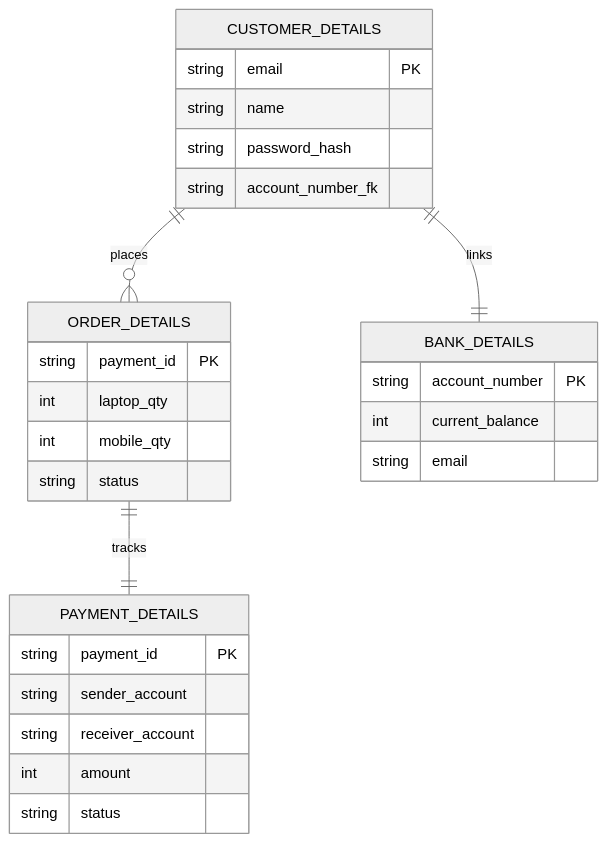
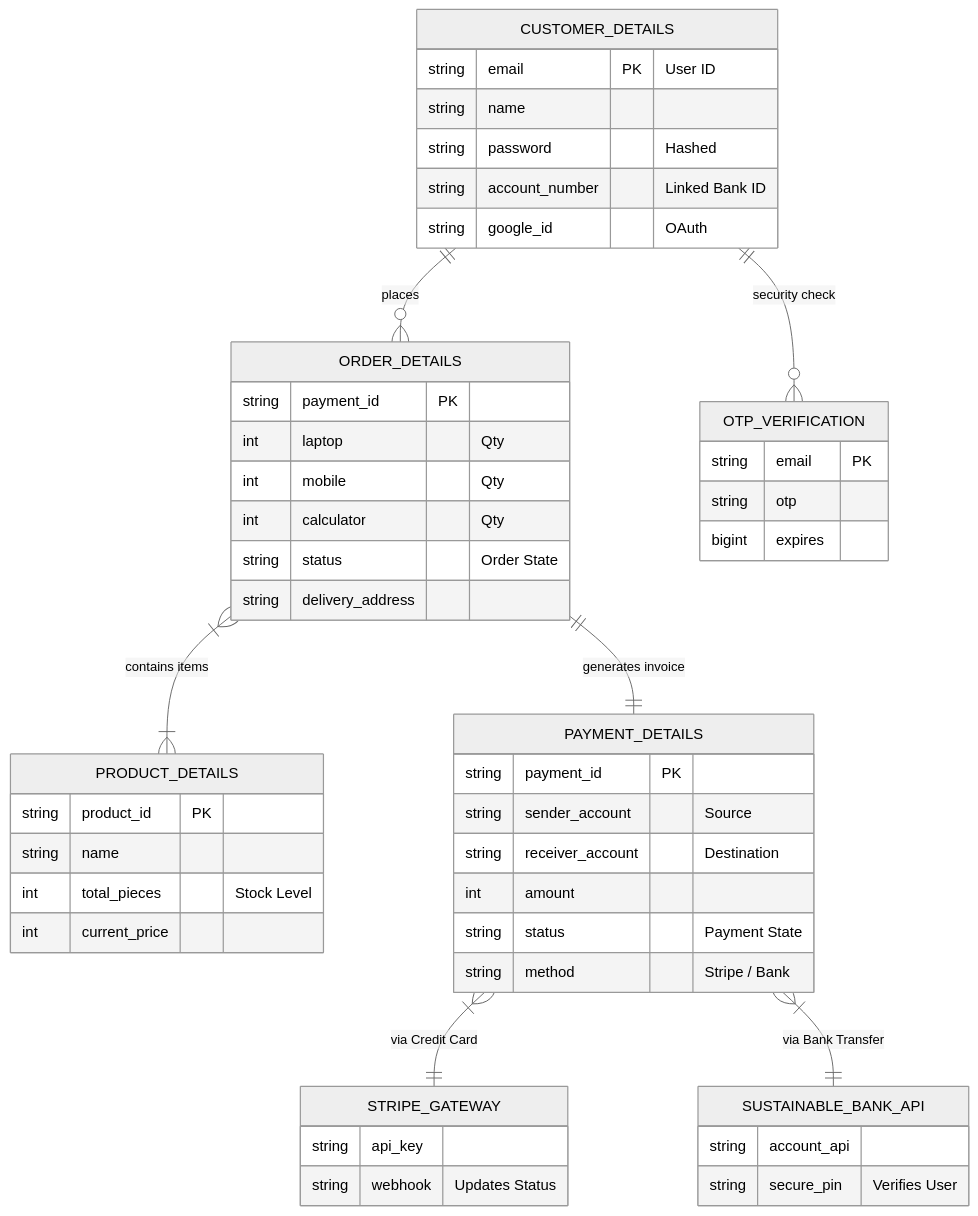
Before and after one commit to Sazim2019331087/Sylhet_IT_Shop: the second of 3 diagrams in README.md, drawn with Mermaid (neutral theme). The commit also changed other lines of this file, not shown here.

````diff
--- a/README.md
+++ b/README.md
@@ -85,35 +102,67 @@
 ```mermaid
 erDiagram
+    %% --- E-Commerce Core ---
     CUSTOMER_DETAILS ||--o{ ORDER_DETAILS : places
-    CUSTOMER_DETAILS ||--|| BANK_DETAILS : links
+    CUSTOMER_DETAILS ||--o{ OTP_VERIFICATION : "security check"
     
+    %% --- Inventory ---
+    ORDER_DETAILS }|--|{ PRODUCT_DETAILS : "contains items"
+
+    %% --- Financials ---
+    ORDER_DETAILS ||--|| PAYMENT_DETAILS : "generates invoice"
+    
+    %% --- External Integrations (Visualized) ---
+    PAYMENT_DETAILS }|--|| STRIPE_GATEWAY : "via Credit Card"
+    PAYMENT_DETAILS }|--|| SUSTAINABLE_BANK_API : "via Bank Transfer"
+
+    %% --- Table Schema ---
     CUSTOMER_DETAILS {
-        string email PK
+        string email PK "User ID"
         string name
-        string password_hash
-        string account_number_fk
+        string password "Hashed"
+        string account_number "Linked Bank ID"
+        string google_id "OAuth"
     }
-    
-    ORDER_DETAILS ||--|| PAYMENT_DETAILS : tracks
-    
+
+    PRODUCT_DETAILS {
+        string product_id PK
+        string name
+        int total_pieces "Stock Level"
+        int current_price
+    }
+
     ORDER_DETAILS {
         string payment_id PK
-        int laptop_qty
-        int mobile_qty
-        string status
+        int laptop "Qty"
+        int mobile "Qty"
+        int calculator "Qty"
+        string status "Order State"
+        string delivery_address
     }
-    
+
     PAYMENT_DETAILS {
         string payment_id PK
-        string sender_account
-        string receiver_account
+        string sender_account "Source"
+        string receiver_account "Destination"
         int amount
-        string status
+        string status "Payment State"
+        string method "Stripe / Bank"
     }
 
-    BANK_DETAILS {
-        string account_number PK
-        int current_balance
-        string email
+    OTP_VERIFICATION {
+        string email PK
+        string otp
+        bigint expires
+    }
+
+    %% --- External Entities (For Visualization) ---
+    STRIPE_GATEWAY {
+        string api_key
+        string webhook "Updates Status"
+    }
+
+    SUSTAINABLE_BANK_API {
+        string account_api
+        string secure_pin "Verifies User"
     }
 ```
````
